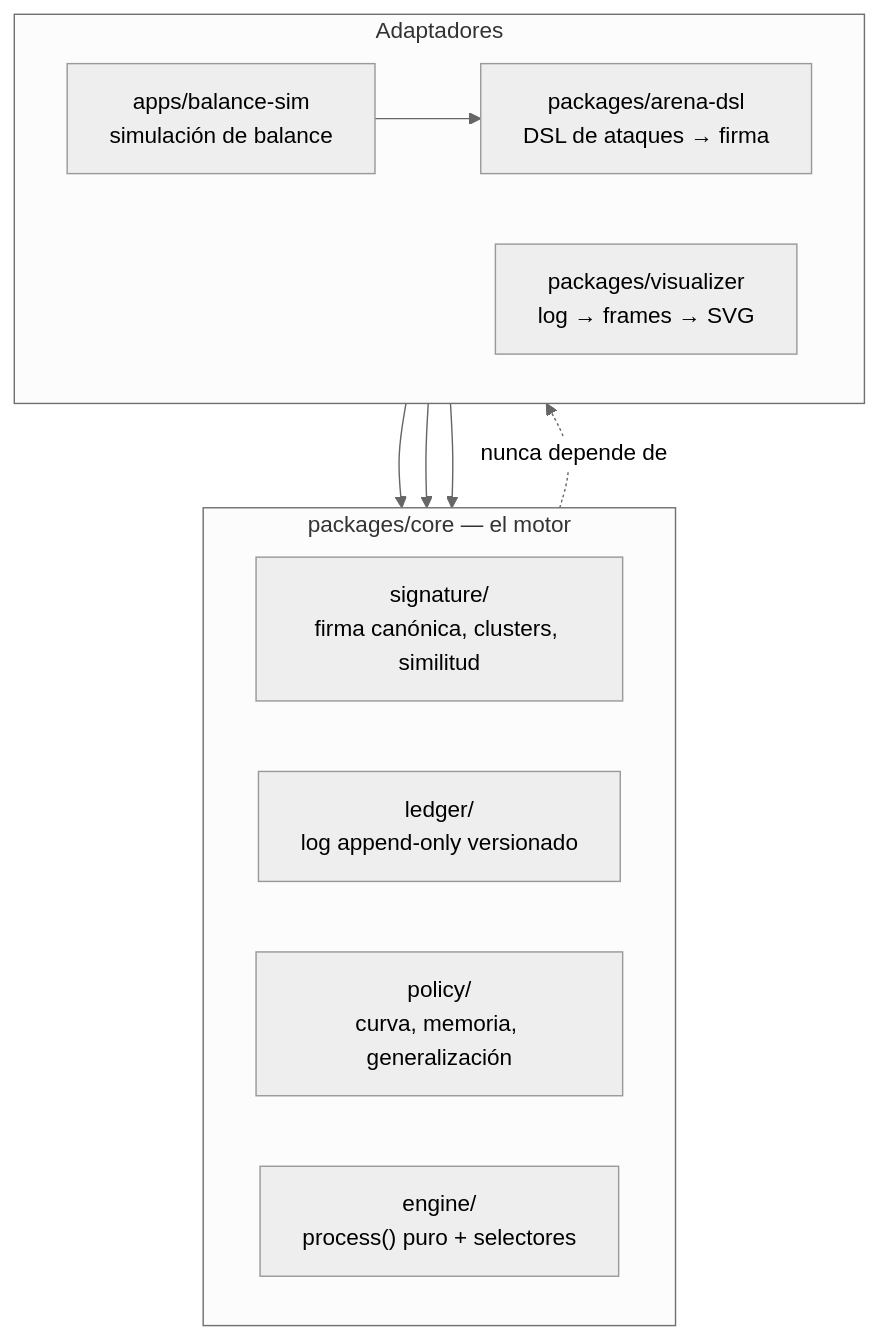
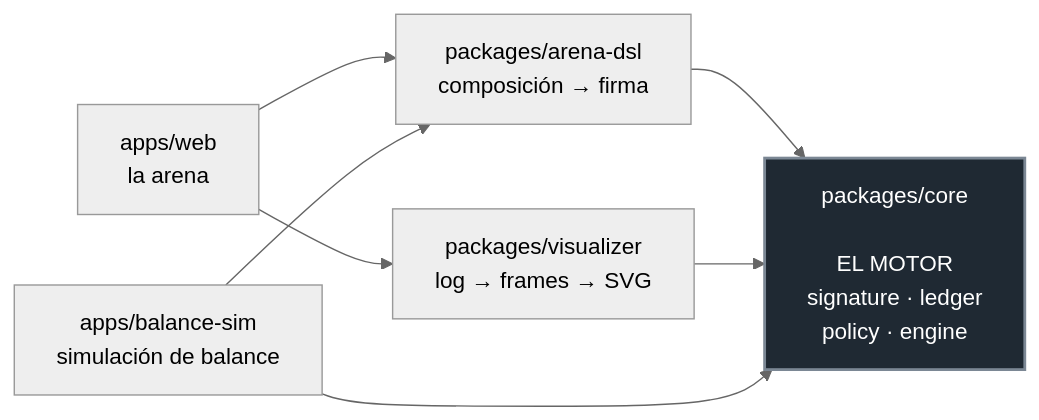
The first of 2 diagrams in README.md (Cesahz/BeforeHeAdapts), drawn with Mermaid (neutral theme) before and after one commit. The commit also changed other lines of this file, not shown here.

Commit message:
docs: rehacer el diagrama de arquitectura del README

````diff
--- a/README.md
+++ b/README.md
@@ -26,24 +28,18 @@
 ```mermaid
-flowchart TB
-    subgraph nucleo["packages/core — el motor"]
-        direction LR
-        sig["signature/<br/>firma canónica, clusters, similitud"]
-        led["ledger/<br/>log append-only versionado"]
-        pol["policy/<br/>curva, memoria, generalización"]
-        eng["engine/<br/>process() puro + selectores"]
-    end
+flowchart LR
+    web["apps/web<br/>la arena"]
+    sim["apps/balance-sim<br/>simulación de balance"]
+    dsl["packages/arena-dsl<br/>composición → firma"]
+    vis["packages/visualizer<br/>log → frames → SVG"]
+    core["packages/core<br/><br/>EL MOTOR<br/>signature · ledger<br/>policy · engine"]
 
-    subgraph adaptadores["Adaptadores"]
-        direction LR
-        dsl["packages/arena-dsl<br/>DSL de ataques → firma"]
-        vis["packages/visualizer<br/>log → frames → SVG"]
-        sim["apps/balance-sim<br/>simulación de balance"]
-    end
+    web --> dsl
+    web --> vis
+    sim --> dsl
+    dsl --> core
+    vis --> core
+    sim --> core
 
-    dsl --> nucleo
-    vis --> nucleo
-    sim --> nucleo
-    sim --> dsl
-
-    nucleo -.->|"nunca depende de"| adaptadores
+    classDef nucleo fill:#1f2933,stroke:#7b8794,color:#fff,stroke-width:2px
+    class core nucleo
 ```
````
